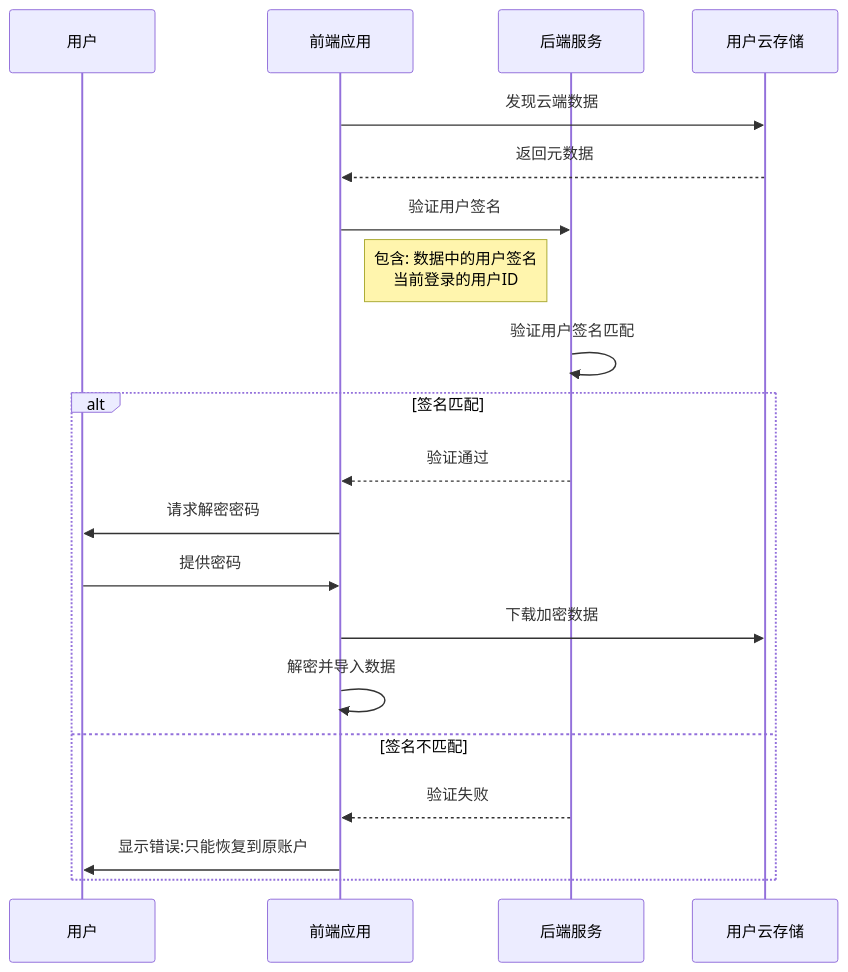
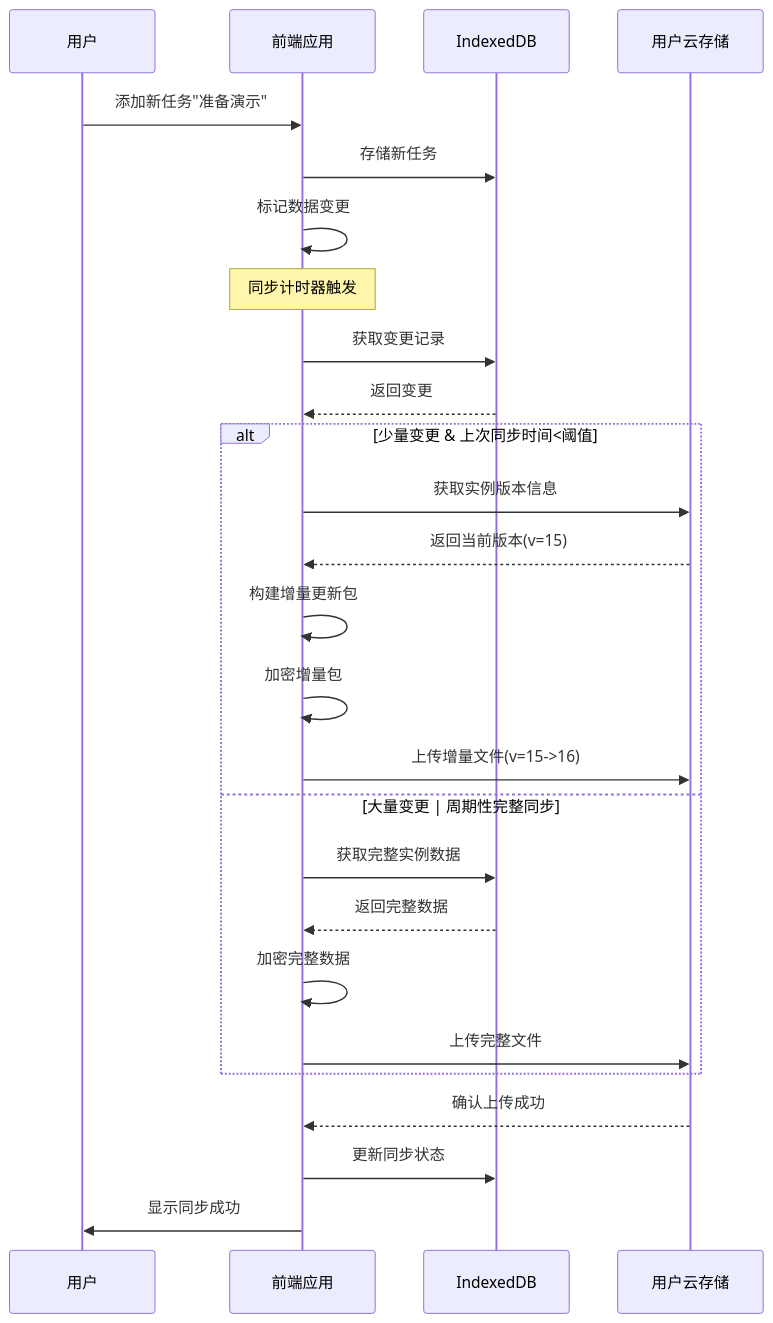
The diagram in all/未命名-34.md (yingjianzh/iodraw-files), drawn with Mermaid before and after one commit.

Commit message:
2025-04-17 16:18:11 update

````diff
--- a/all/未命名-34.md
+++ b/all/未命名-34.md
@@ -1,26 +1,33 @@
 ```mermaid
 sequenceDiagram
     participant User as 用户
     participant FrontEnd as 前端应用
-    participant Server as 后端服务
+    participant LocalDB as IndexedDB
     participant Cloud as 用户云存储
     
-    FrontEnd->>Cloud: 发现云端数据
-    Cloud-->>FrontEnd: 返回元数据
+    User->>FrontEnd: 添加新任务"准备演示"
+    FrontEnd->>LocalDB: 存储新任务
+    FrontEnd->>FrontEnd: 标记数据变更
     
-    FrontEnd->>Server: 验证用户签名
-    note right of FrontEnd: 包含: 数据中的用户签名<br>当前登录的用户ID
+    note over FrontEnd: 同步计时器触发
     
-    Server->>Server: 验证用户签名匹配
+    FrontEnd->>LocalDB: 获取变更记录
+    LocalDB-->>FrontEnd: 返回变更
     
-    alt 签名匹配
-        Server-->>FrontEnd: 验证通过
-        FrontEnd->>User: 请求解密密码
-        User->>FrontEnd: 提供密码
-        FrontEnd->>Cloud: 下载加密数据
-        FrontEnd->>FrontEnd: 解密并导入数据
-    else 签名不匹配
-        Server-->>FrontEnd: 验证失败
-        FrontEnd->>User: 显示错误:只能恢复到原账户
+    alt 少量变更 & 上次同步时间<阈值
+        FrontEnd->>Cloud: 获取实例版本信息
+        Cloud-->>FrontEnd: 返回当前版本(v=15)
+        FrontEnd->>FrontEnd: 构建增量更新包
+        FrontEnd->>FrontEnd: 加密增量包
+        FrontEnd->>Cloud: 上传增量文件(v=15->16)
+    else 大量变更 | 周期性完整同步
+        FrontEnd->>LocalDB: 获取完整实例数据
+        LocalDB-->>FrontEnd: 返回完整数据
+        FrontEnd->>FrontEnd: 加密完整数据
+        FrontEnd->>Cloud: 上传完整文件
     end
+    
+    Cloud-->>FrontEnd: 确认上传成功
+    FrontEnd->>LocalDB: 更新同步状态
+    FrontEnd->>User: 显示同步成功
 ```
````
